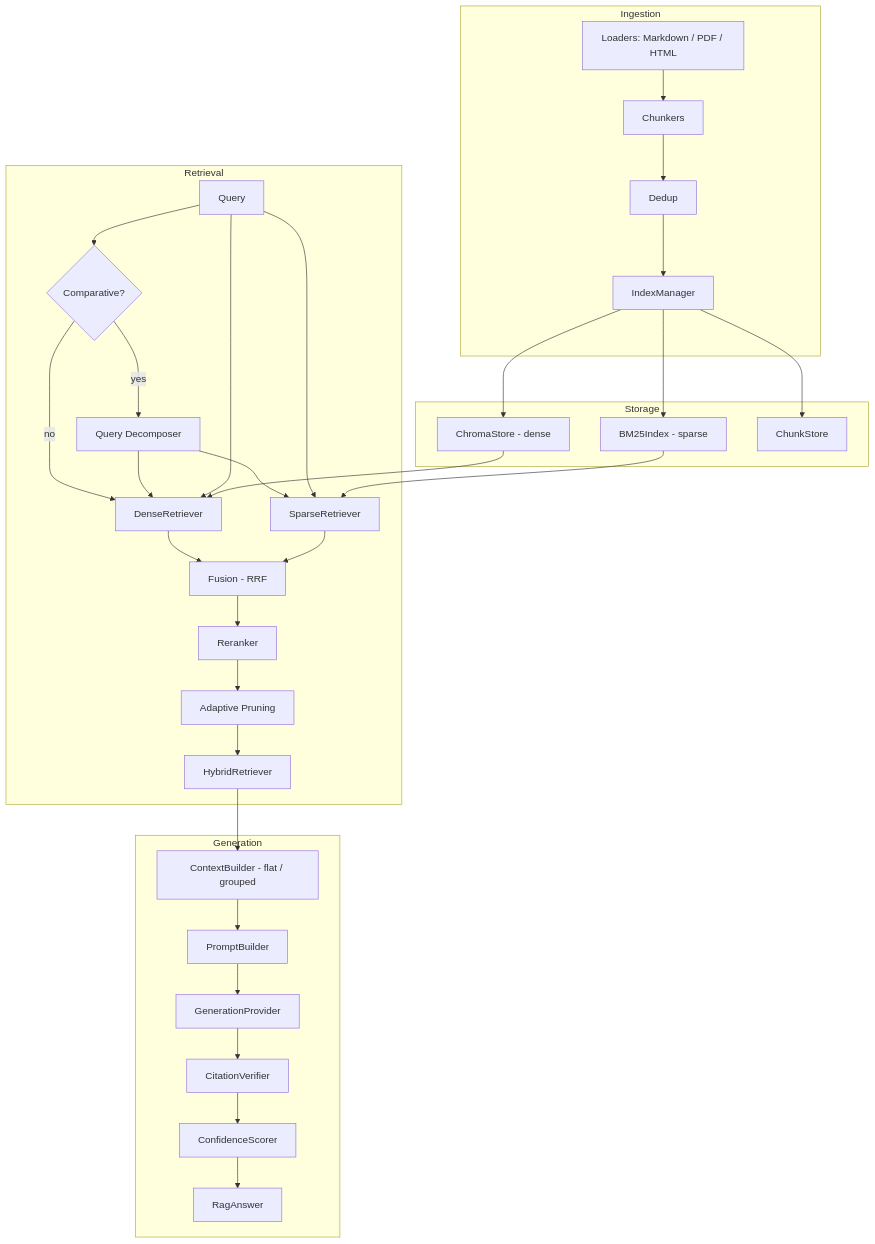
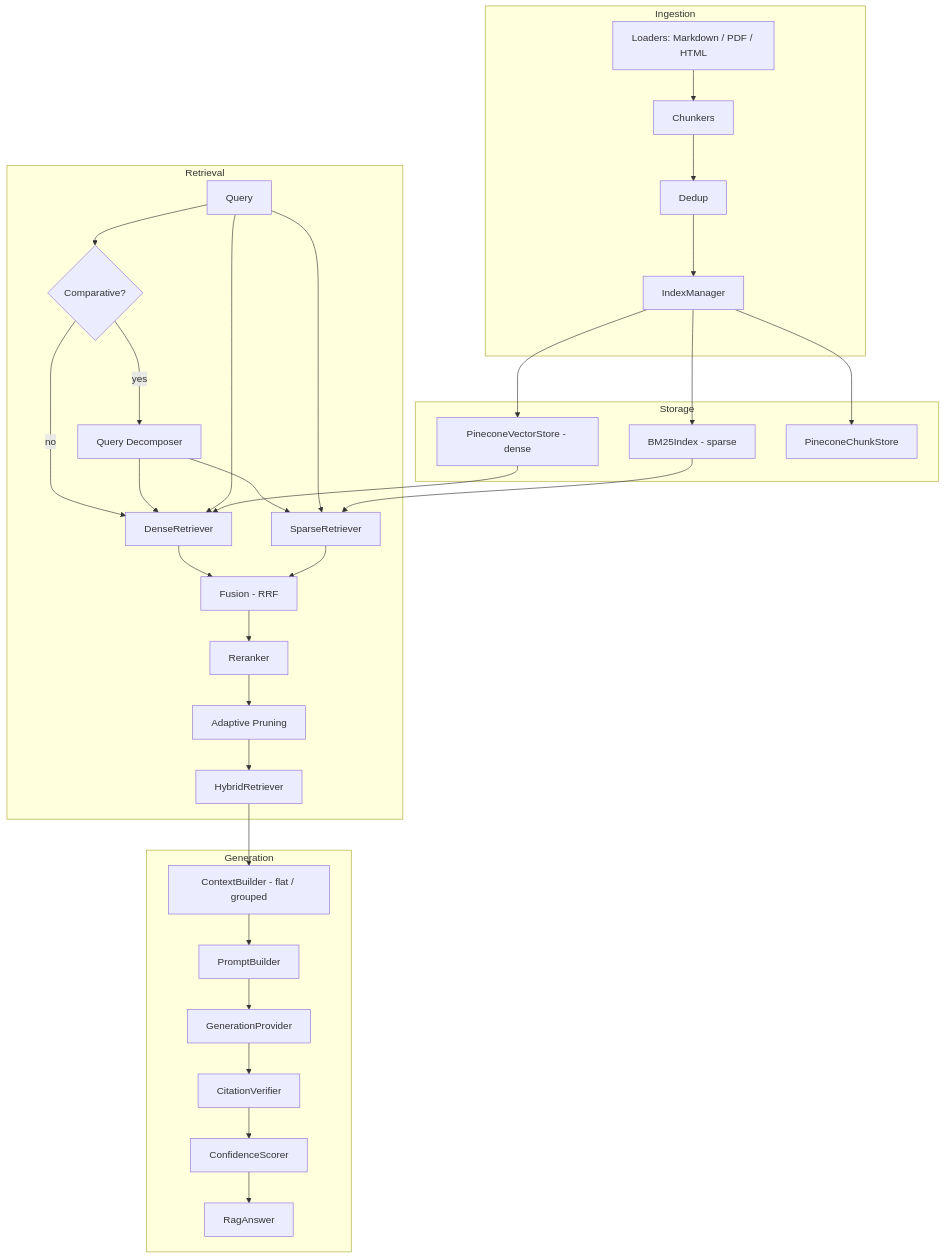
One commit to siddhunangadi/rag-hybrid-search changed the diagram in README.md. Above: the diagram before and after it, drawn with Mermaid. The commit also changed other lines of this file and 41 other files, not shown here.

````diff
--- a/README.md
+++ b/README.md
@@ -23,40 +23,40 @@
 ```mermaid
 flowchart TD
     subgraph Ingestion
         A[Loaders: Markdown / PDF / HTML] --> B[Chunkers]
         B --> C[Dedup]
         C --> D[IndexManager]
     end
 
     subgraph Storage
-        D --> E[ChromaStore - dense]
+        D --> E[PineconeVectorStore - dense]
         D --> F[BM25Index - sparse]
-        D --> G[ChunkStore]
+        D --> G[PineconeChunkStore]
     end
 
     subgraph Retrieval
         Q[Query] --> QD{Comparative?}
         QD -->|yes| DC[Query Decomposer]
         QD -->|no| H
         DC --> H[DenseRetriever]
         DC --> I[SparseRetriever]
         Q --> H
         Q --> I
         E --> H
         F --> I
         H --> J[Fusion - RRF]
         I --> J
         J --> K[Reranker]
         K --> PR[Adaptive Pruning]
         PR --> L[HybridRetriever]
     end
 
     subgraph Generation
         L --> M[ContextBuilder - flat / grouped]
         M --> N[PromptBuilder]
         N --> O[GenerationProvider]
         O --> P[CitationVerifier]
         P --> R[ConfidenceScorer]
         R --> S[RagAnswer]
     end
 ```
````
